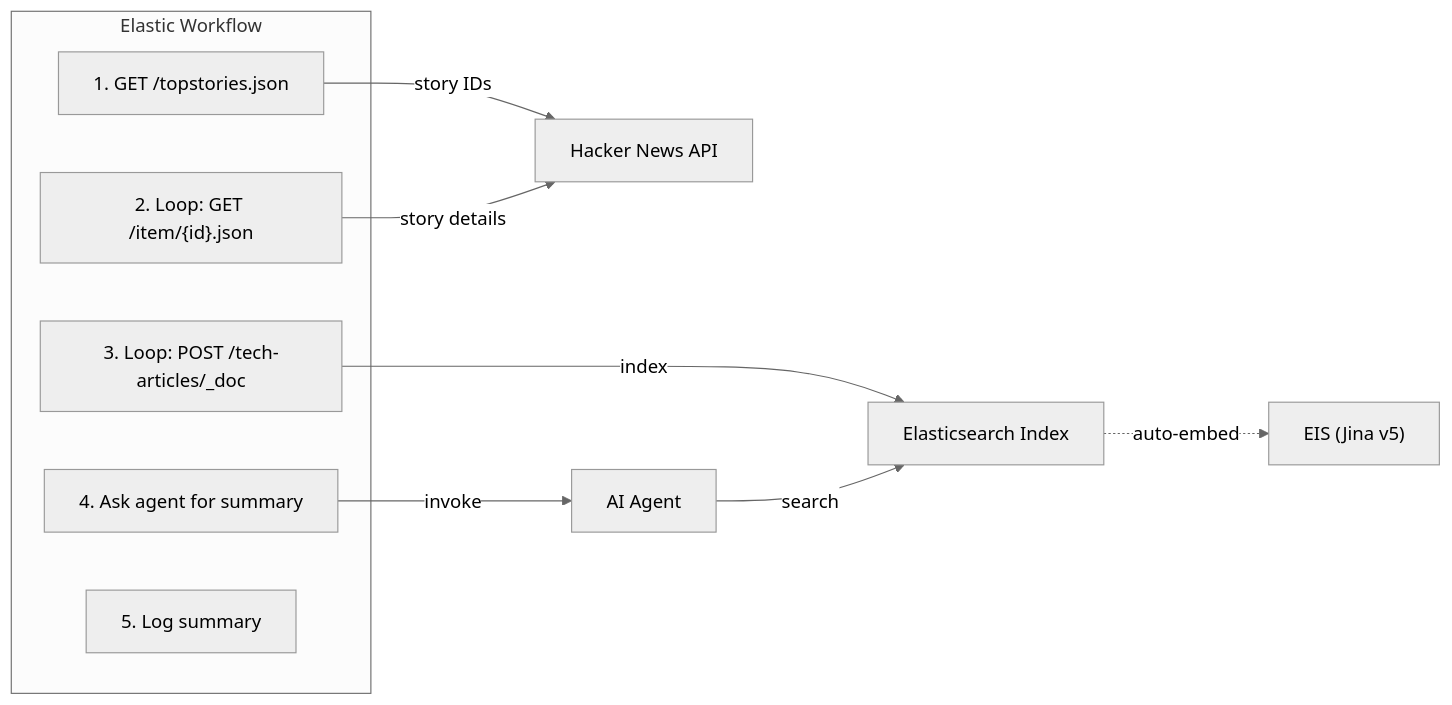
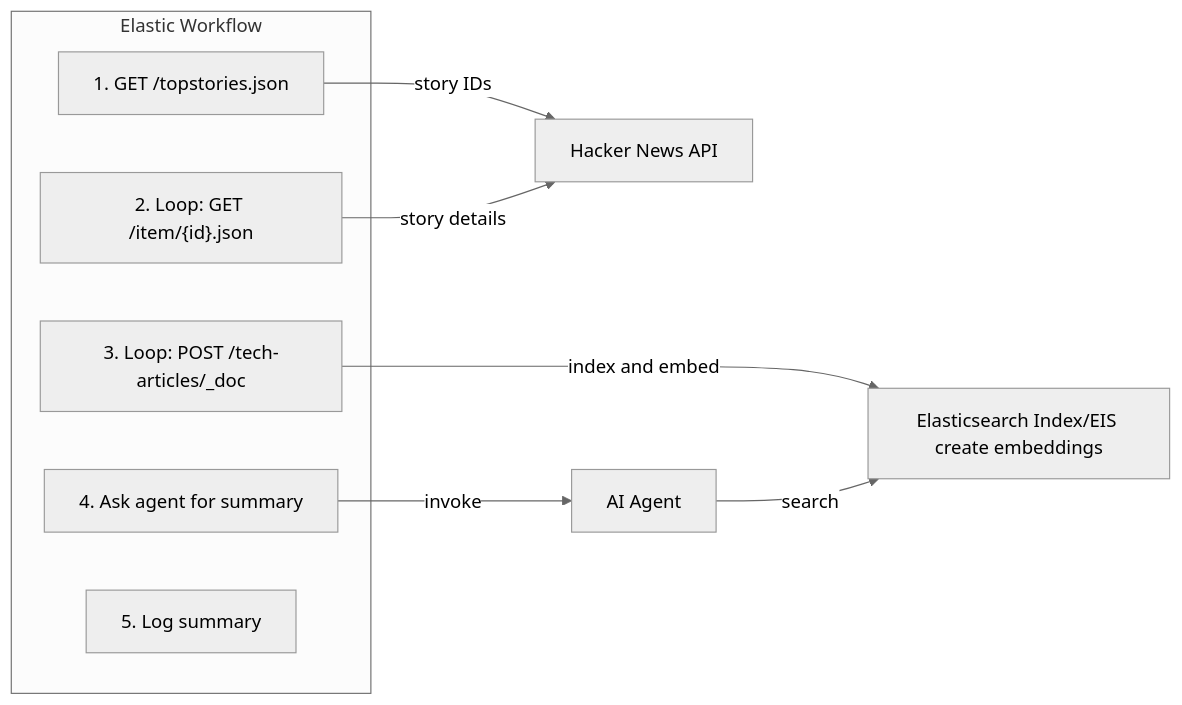
Before and after one commit to Delacrobix/Best-Practices-for-Building-a-Modern-App-with-Vector-Search: the first of 2 diagrams in diagrams.md, drawn with Mermaid (neutral theme). The commit also changed other lines of this file and 2 other files, not shown here.

Commit message:
update diagrams and images

````diff
--- a/diagrams.md
+++ b/diagrams.md
@@ -34,22 +1,20 @@
 ```mermaid
 graph LR
     subgraph "Elastic Workflow"
         S1["1. GET /topstories.json"]
         S2["2. Loop: GET /item/{id}.json"]
         S3["3. Loop: POST /tech-articles/_doc"]
         S4["4. Ask agent for summary"]
         S5["5. Log summary"]
     end
 
     HN["Hacker News API"]
-    ES["Elasticsearch Index"]
-    EIS["EIS (Jina v5)"]
+    ES["Elasticsearch Index/EIS create embeddings"]
     Agent["AI Agent"]
 
     S1 -->|story IDs| HN
     S2 -->|story details| HN
-    S3 -->|index| ES
-    ES -.->|auto-embed| EIS
+    S3 -->|index and embed| ES
     S4 -->|invoke| Agent
     Agent -->|search| ES
 ```
````
